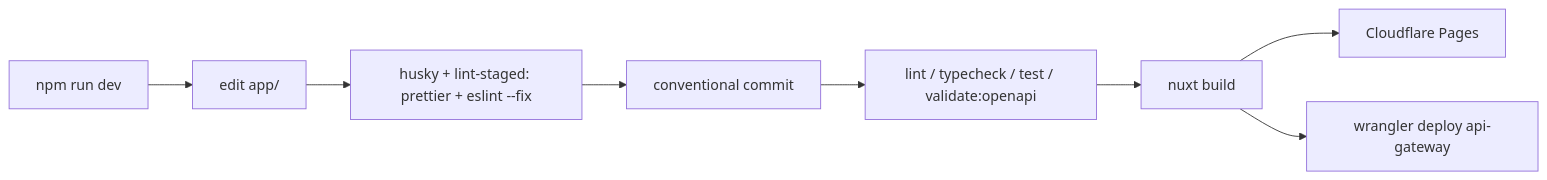
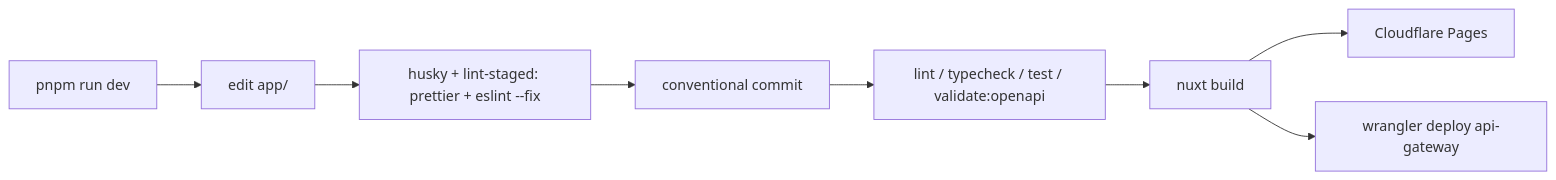
One commit to tarkovtracker-org/TarkovTracker changed the ninth of 9 diagrams in docs/agent-context/summary/workflows.md. Above: the diagram before and after it, drawn with Mermaid. The commit also changed other lines of this file and 24 other files, not shown here.

````diff
--- a/docs/agent-context/summary/workflows.md
+++ b/docs/agent-context/summary/workflows.md
@@ -216,10 +216,10 @@
 ```mermaid
 graph LR
-    Dev[npm run dev] --> Code[edit app/]
+    Dev[pnpm run dev] --> Code[edit app/]
     Code --> Hook[husky + lint-staged: prettier + eslint --fix]
     Hook --> Commit[conventional commit]
     Commit --> CI[lint / typecheck / test / validate:openapi]
     CI --> Build[nuxt build]
     Build --> Pages[Cloudflare Pages]
     Build --> Worker[wrangler deploy api-gateway]
 ```
````
